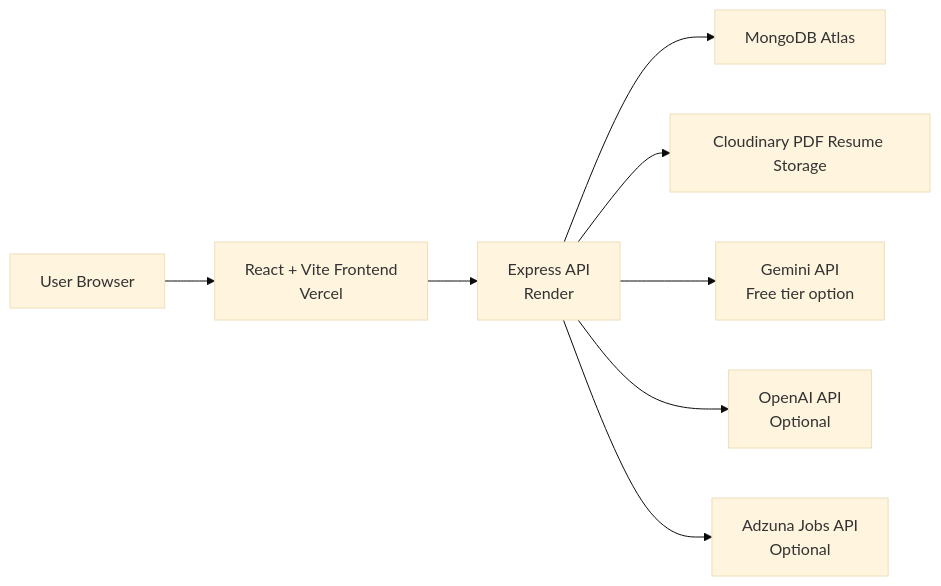
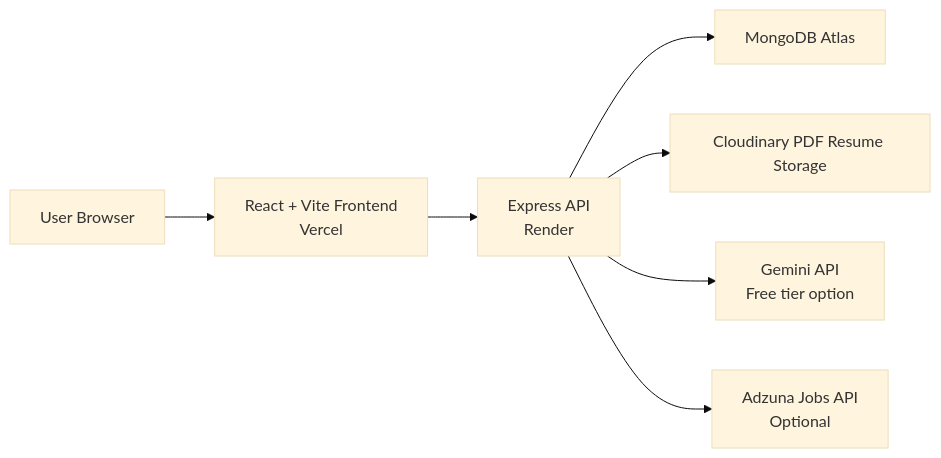
Before and after one commit to sgsatpute/Job-portal: the diagram in README.md, drawn with Mermaid (base theme). The commit also changed other lines of this file and 4 other files, not shown here.

````diff
--- a/README.md
+++ b/README.md
@@ -113,10 +113,9 @@
 ```mermaid
 flowchart LR
   User["User Browser"] --> Frontend["React + Vite Frontend<br/>Vercel"]
   Frontend --> API["Express API<br/>Render"]
   API --> MongoDB["MongoDB Atlas"]
   API --> Cloudinary["Cloudinary PDF Resume Storage"]
   API --> Gemini["Gemini API<br/>Free tier option"]
-  API --> OpenAI["OpenAI API<br/>Optional"]
   API --> Adzuna["Adzuna Jobs API<br/>Optional"]
 ```
````
